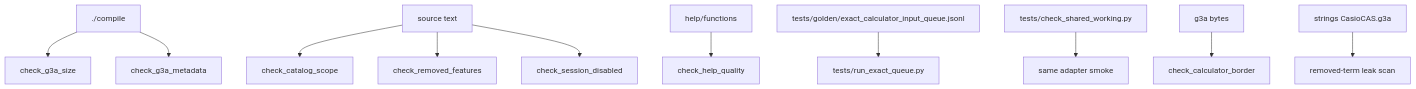
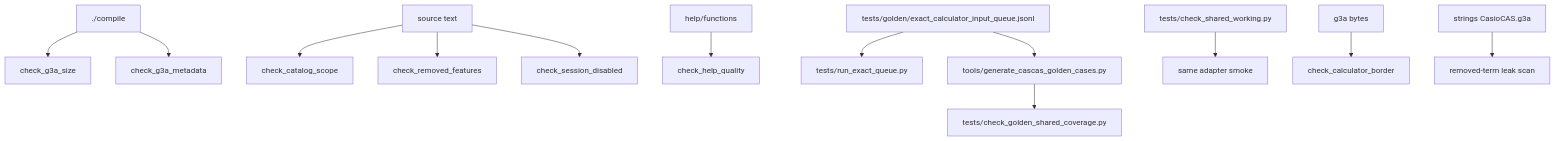
One commit to james8464/notes-addin-casio-fx-cg50 changed the sixth of 7 diagrams in docs/GRAPH.md. Above: the diagram before and after it, drawn with Mermaid. The commit also changed other lines of this file and 5 other files, not shown here.

````diff
--- a/docs/GRAPH.md
+++ b/docs/GRAPH.md
@@ -114,13 +118,15 @@
 ```mermaid
 graph TD
   Build["./compile"] --> Size["check_g3a_size"]
   Build --> Meta["check_g3a_metadata"]
   Source["source text"] --> Catalog["check_catalog_scope"]
   Source --> Removed["check_removed_features"]
   Source --> Session["check_session_disabled"]
   Help["help/functions"] --> HelpQ["check_help_quality"]
   Queue["tests/golden/exact_calculator_input_queue.jsonl"] --> Exact["tests/run_exact_queue.py"]
   Shared["tests/check_shared_working.py"] --> SharedGate["same adapter smoke"]
+  Queue --> Generator["tools/generate_cascas_golden_cases.py"]
+  Generator --> GoldenCoverage["tests/check_golden_shared_coverage.py"]
   UI["g3a bytes"] --> Border["check_calculator_border"]
   Bin["strings CasioCAS.g3a"] --> Leak["removed-term leak scan"]
 ```
````
